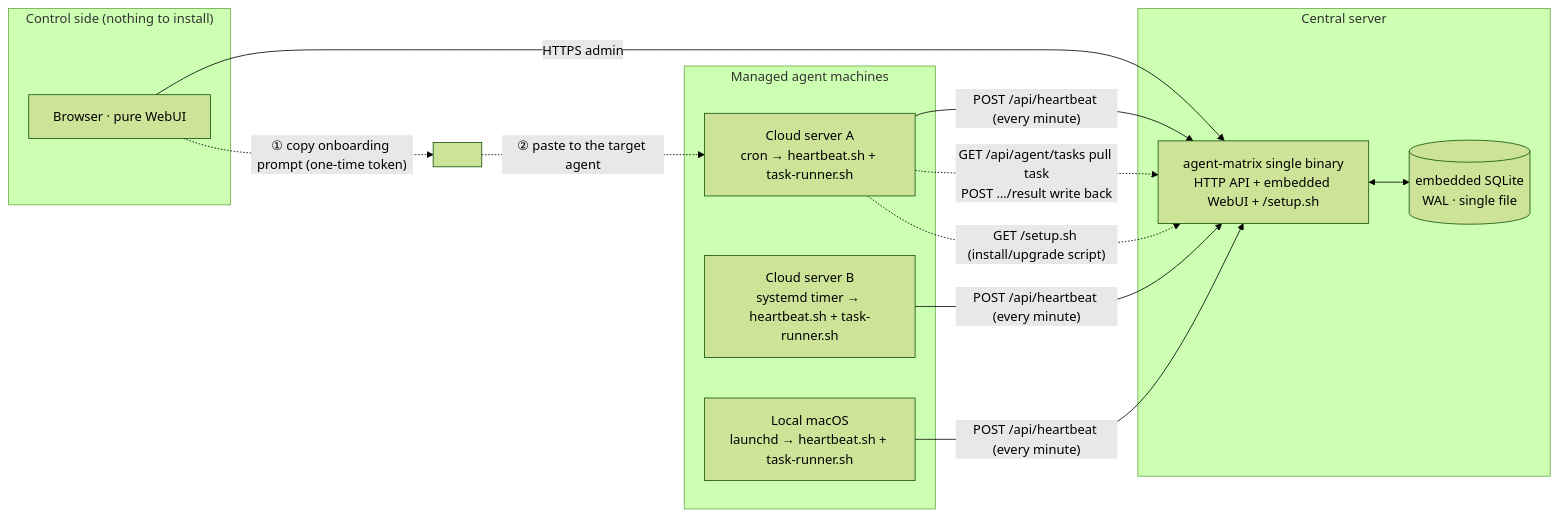
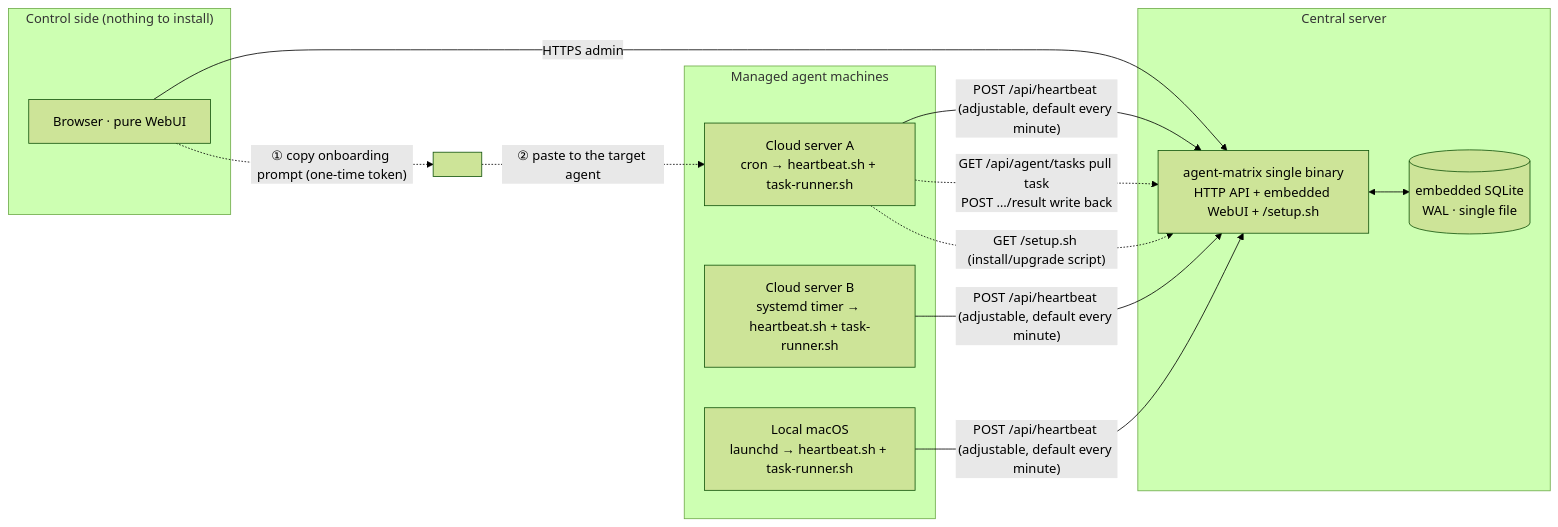
Before and after one commit to HankGuo/agent-matrix: the first of 5 diagrams in README.en.md, drawn with Mermaid (forest theme). The commit also changed other lines of this file and 10 other files, not shown here.

````diff
--- a/README.en.md
+++ b/README.en.md
@@ -59,27 +59,27 @@
 ```mermaid
 flowchart LR
     subgraph client["Control side (nothing to install)"]
         B["Browser · pure WebUI"]
     end
 
     subgraph Central server
         S["agent-matrix single binary<br/>HTTP API + embedded WebUI + /setup.sh"]
         DB[("embedded SQLite<br/>WAL · single file")]
         S <--> DB
     end
 
     subgraph Managed agent machines
         G1["Cloud server A<br/>cron → heartbeat.sh + task-runner.sh"]
         G2["Cloud server B<br/>systemd timer → heartbeat.sh + task-runner.sh"]
         G3["Local macOS<br/>launchd → heartbeat.sh + task-runner.sh"]
     end
 
     B -->|"HTTPS admin"| S
-    G1 -->|"POST /api/heartbeat (every minute)"| S
-    G2 -->|"POST /api/heartbeat (every minute)"| S
-    G3 -->|"POST /api/heartbeat (every minute)"| S
+    G1 -->|"POST /api/heartbeat (adjustable, default every minute)"| S
+    G2 -->|"POST /api/heartbeat (adjustable, default every minute)"| S
+    G3 -->|"POST /api/heartbeat (adjustable, default every minute)"| S
     G1 -.->|"GET /api/agent/tasks pull task<br/>POST …/result write back"| S
     G1 -.->|"GET /setup.sh (install/upgrade script)"| S
     B -.->|"① copy onboarding prompt (one-time token)"| P[" "]
     P -.->|"② paste to the target agent"| G1
 ```
````
